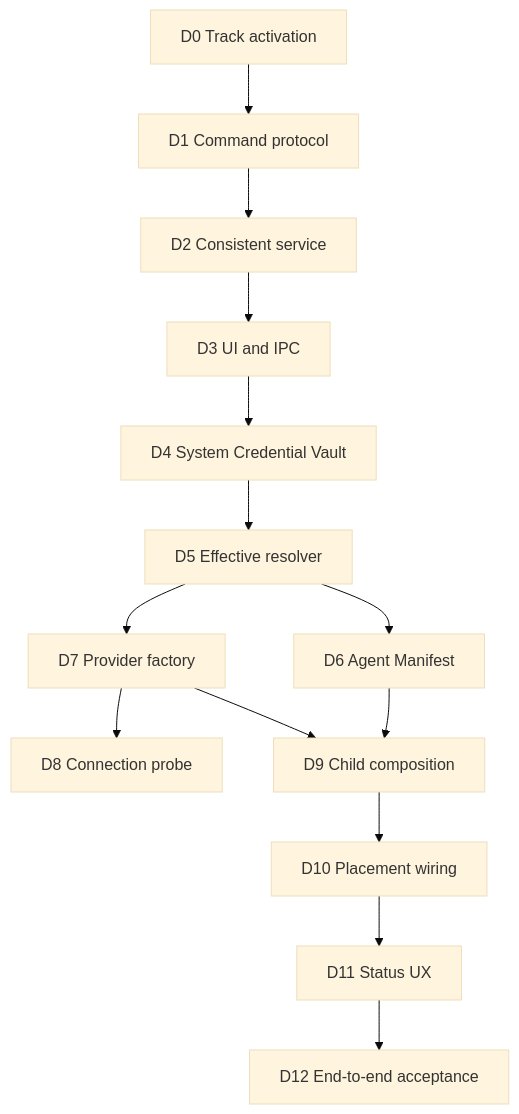
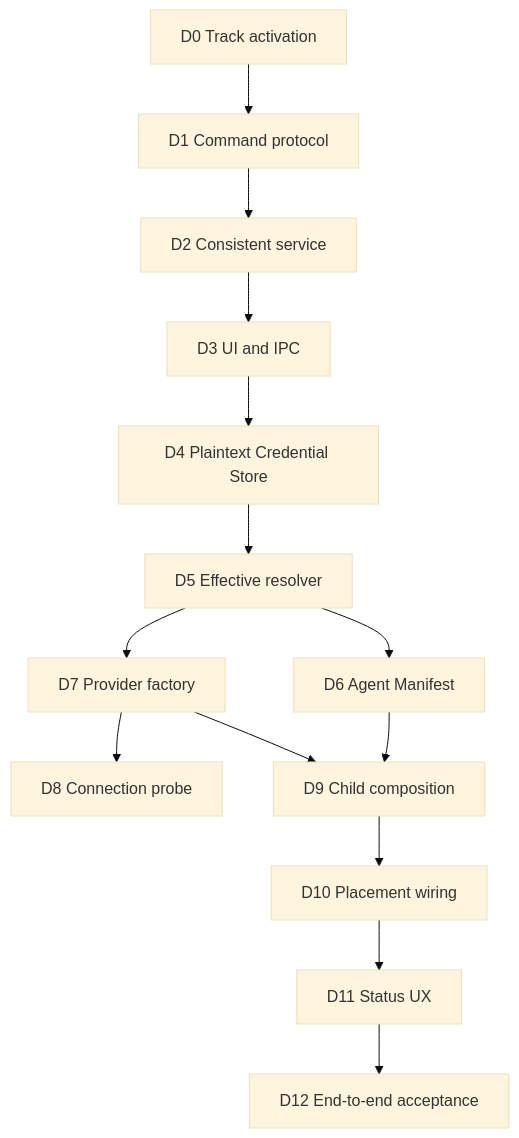
One commit to fanghuarunbalala/nova-writing changed the second of 2 diagrams in docs/desktop-runtime-integration-plan.md. Above: the diagram before and after it, drawn with Mermaid (base theme). The commit also changed other lines of this file and 2 other files, not shown here.

Commit message:
docs: accept plaintext credential storage for desktop v1

````diff
--- a/docs/desktop-runtime-integration-plan.md
+++ b/docs/desktop-runtime-integration-plan.md
@@ -282,16 +335,16 @@
 ```mermaid
 flowchart TD
     D0["D0 Track activation"] --> D1["D1 Command protocol"]
     D1 --> D2["D2 Consistent service"]
     D2 --> D3["D3 UI and IPC"]
-    D3 --> D4["D4 System Credential Vault"]
+    D3 --> D4["D4 Plaintext Credential Store"]
     D4 --> D5["D5 Effective resolver"]
     D5 --> D6["D6 Agent Manifest"]
     D5 --> D7["D7 Provider factory"]
     D7 --> D8["D8 Connection probe"]
     D6 --> D9["D9 Child composition"]
     D7 --> D9
     D9 --> D10["D10 Placement wiring"]
     D10 --> D11["D11 Status UX"]
     D11 --> D12["D12 End-to-end acceptance"]
 ```
````
